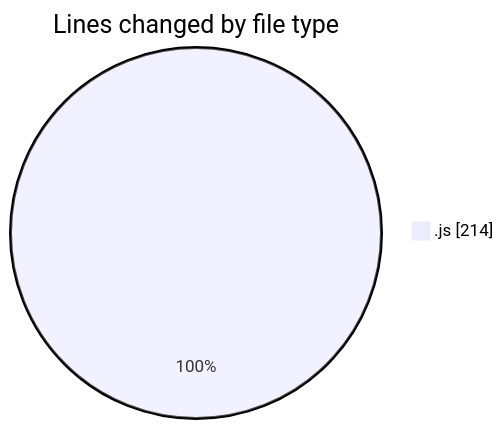
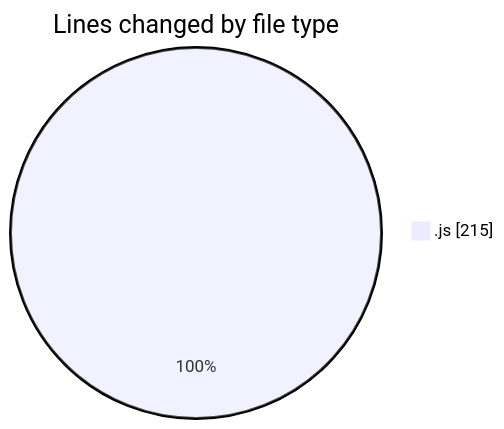
Before and after one commit to momahboobian/code-tracking: the first of 2 diagrams in 2025-02-03/cda/README.md, drawn with Mermaid. The commit also changed other lines of this file and 1 other file, not shown here.

````diff
--- a/2025-02-03/cda/README.md
+++ b/2025-02-03/cda/README.md
@@ -22,5 +22,5 @@
 ```mermaid
 pie showData
 title Lines changed by file type
-".js" : 214
+".js" : 215
 ```
````
